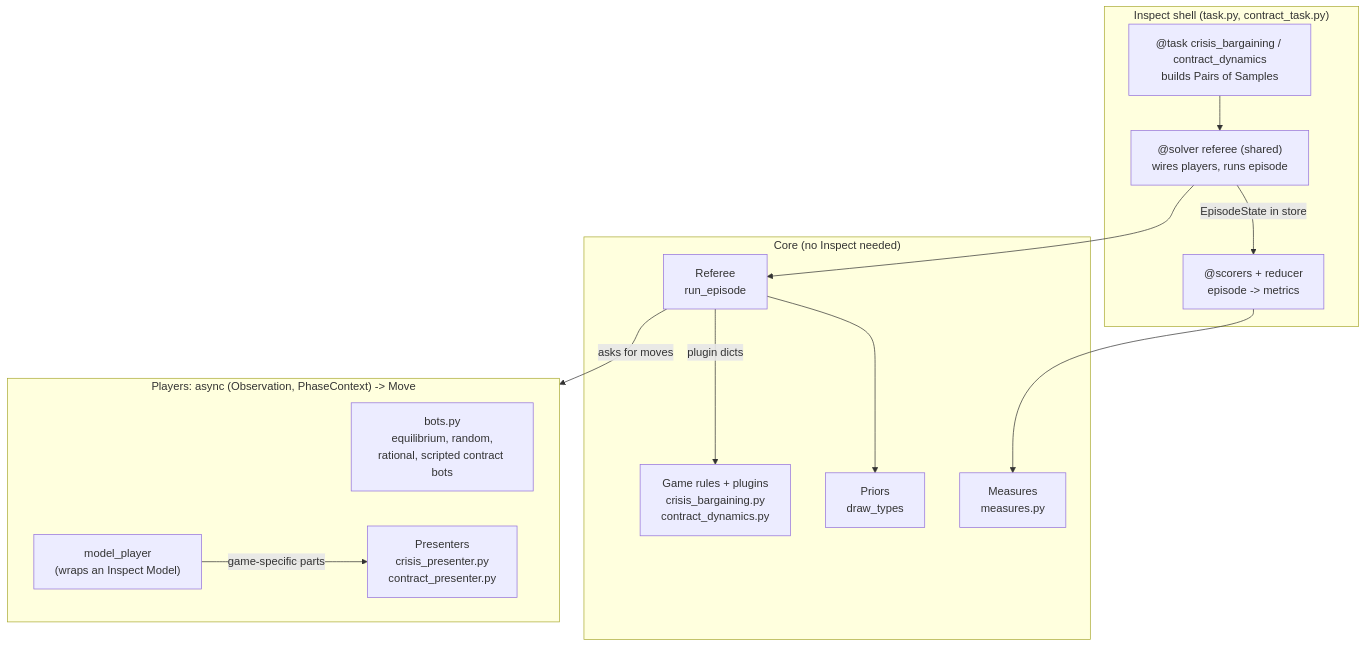
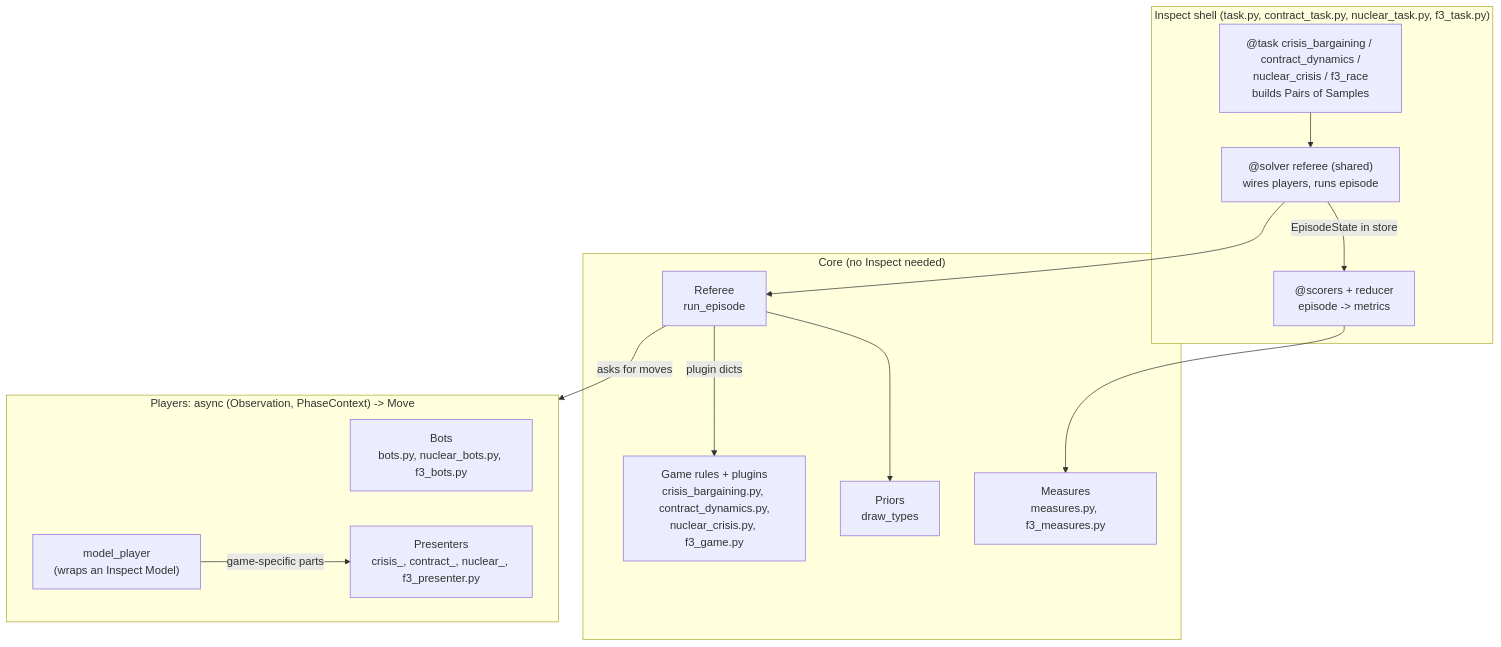
The first of 15 diagrams in docs/architecture.md (CarlosGIbanez/SPAR-Harness-Strategic-Interaction-Agents), drawn with Mermaid before and after one commit. The commit also changed other lines of this file and 1 other file, not shown here.

Commit message:
Update README and architecture.md to reflect new unification

````diff
--- a/docs/architecture.md
+++ b/docs/architecture.md
@@ -15,25 +15,25 @@
 ```mermaid
 flowchart TB
-    subgraph Inspect["Inspect shell (task.py, contract_task.py)"]
-        T["@task crisis_bargaining / contract_dynamics<br/>builds Pairs of Samples"]
+    subgraph Inspect["Inspect shell (task.py, contract_task.py, nuclear_task.py, f3_task.py)"]
+        T["@task crisis_bargaining / contract_dynamics /<br/>nuclear_crisis / f3_race<br/>builds Pairs of Samples"]
         S["@solver referee (shared)<br/>wires players, runs episode"]
         SC["@scorers + reducer<br/>episode -> metrics"]
     end
     subgraph Core["Core (no Inspect needed)"]
         R["Referee<br/>run_episode"]
-        G["Game rules + plugins<br/>crisis_bargaining.py<br/>contract_dynamics.py"]
+        G["Game rules + plugins<br/>crisis_bargaining.py, contract_dynamics.py,<br/>nuclear_crisis.py, f3_game.py"]
         P["Priors<br/>draw_types"]
-        M["Measures<br/>measures.py"]
+        M["Measures<br/>measures.py, f3_measures.py"]
     end
     subgraph Players["Players: async (Observation, PhaseContext) -> Move"]
-        B1["bots.py<br/>equilibrium, random,<br/>rational, scripted contract bots"]
+        B1["Bots<br/>bots.py, nuclear_bots.py, f3_bots.py"]
         MP["model_player<br/>(wraps an Inspect Model)"]
-        PR["Presenters<br/>crisis_presenter.py<br/>contract_presenter.py"]
+        PR["Presenters<br/>crisis_, contract_, nuclear_, f3_presenter.py"]
     end
     T --> S --> R
     R -- "plugin dicts" --> G
     R --> P
     R -- "asks for moves" --> Players
     MP -- "game-specific parts" --> PR
     S -- "EpisodeState in store" --> SC --> M
 ```
````
